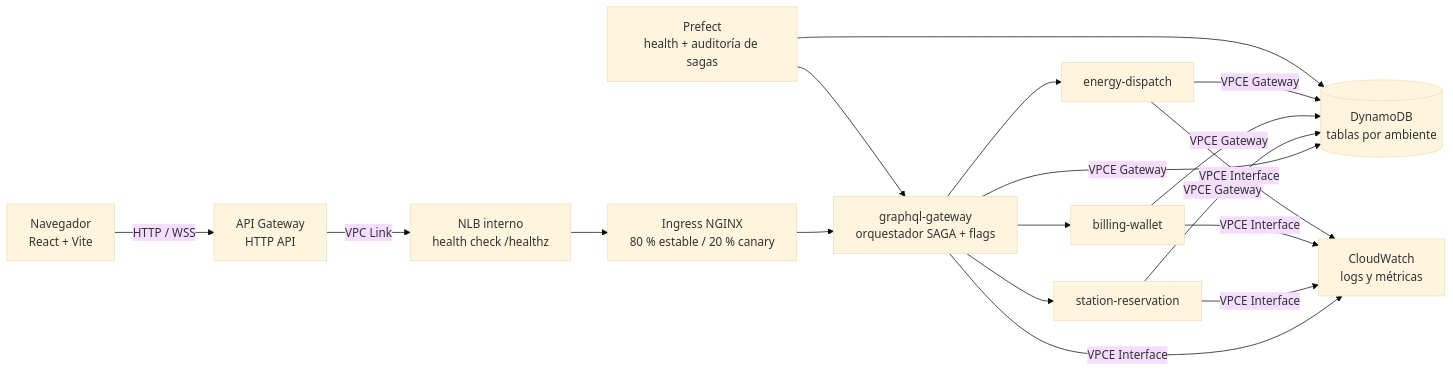
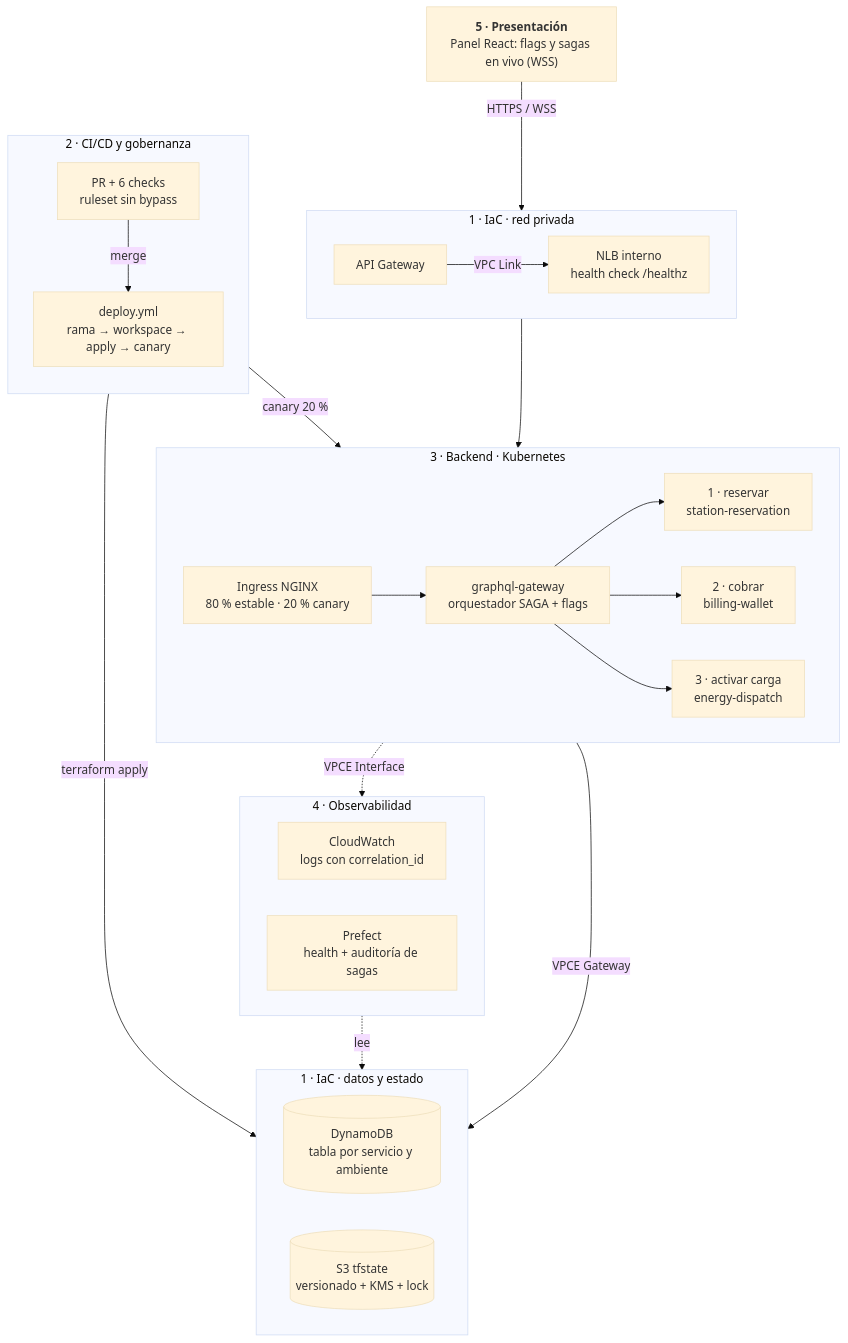
The first of 6 diagrams in README.md (ch1fl1n/aegisvolt), drawn with Mermaid (base theme) before and after one commit. The commit also changed other lines of this file and 3 other files, not shown here.

First line of the commit message:
docs: portada con diagramas C4 y guion definitivo de la demo

````diff
--- a/README.md
+++ b/README.md
@@ -10,14 +36,36 @@
 ```mermaid
-flowchart LR
-  U[Navegador<br/>React + Vite] -->|HTTP / WSS| APIGW[API Gateway<br/>HTTP API]
-  APIGW -->|VPC Link| NLB[NLB interno<br/>health check /healthz]
-  NLB --> ING[Ingress NGINX<br/>80 % estable / 20 % canary]
-  ING --> GW[graphql-gateway<br/>orquestador SAGA + flags]
-  GW --> SR[station-reservation]
-  GW --> BW[billing-wallet]
-  GW --> ED[energy-dispatch]
-  GW & SR & BW & ED -->|VPCE Gateway| DDB[(DynamoDB<br/>tablas por ambiente)]
-  GW & SR & BW & ED -->|VPCE Interface| CW[CloudWatch<br/>logs y métricas]
-  PF[Prefect<br/>health + auditoría de sagas] --> GW
-  PF --> DDB
+flowchart TB
+  UI["<b>5 · Presentación</b><br/>Panel React: flags y sagas en vivo (WSS)"]
+  subgraph RED["1 · IaC · red privada"]
+    direction LR
+    APIGW["API Gateway"] -->|VPC Link| NLB["NLB interno<br/>health check /healthz"]
+  end
+  subgraph K8S["3 · Backend · Kubernetes"]
+    direction LR
+    ING["Ingress NGINX<br/>80 % estable · 20 % canary"] --> GW["graphql-gateway<br/>orquestador SAGA + flags"]
+    GW --> SR["1 · reservar<br/>station-reservation"]
+    GW --> BW["2 · cobrar<br/>billing-wallet"]
+    GW --> ED["3 · activar carga<br/>energy-dispatch"]
+  end
+  subgraph DATA["1 · IaC · datos y estado"]
+    direction LR
+    DDB[("DynamoDB<br/>tabla por servicio y ambiente")]
+    S3[("S3 tfstate<br/>versionado + KMS + lock")]
+  end
+  subgraph OBS["4 · Observabilidad"]
+    direction LR
+    CW["CloudWatch<br/>logs con correlation_id"]
+    PF["Prefect<br/>health + auditoría de sagas"]
+  end
+  subgraph CICD["2 · CI/CD y gobernanza"]
+    direction TB
+    PR["PR + 6 checks<br/>ruleset sin bypass"] -->|merge| GA["deploy.yml<br/>rama → workspace → apply → canary"]
+  end
+  UI -->|HTTPS / WSS| APIGW
+  NLB --> ING
+  K8S -->|VPCE Gateway| DDB
+  K8S -.->|VPCE Interface| CW
+  PF -.->|lee| DDB
+  GA -->|terraform apply| S3
+  GA -->|canary 20 %| ING
 ```
````
